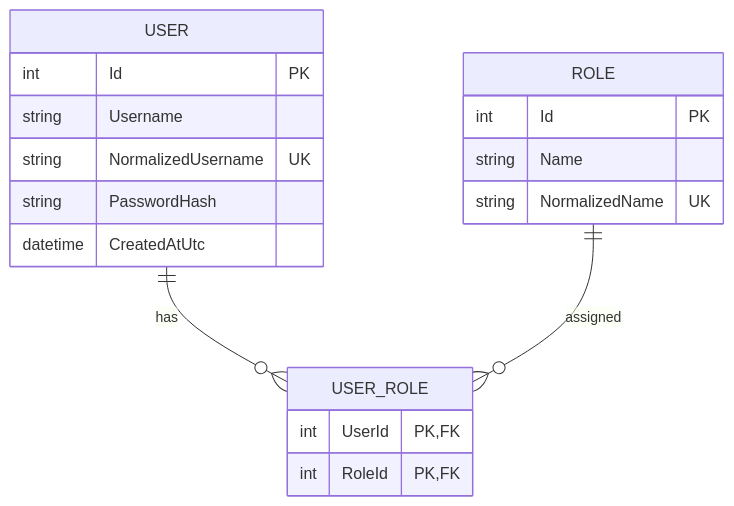
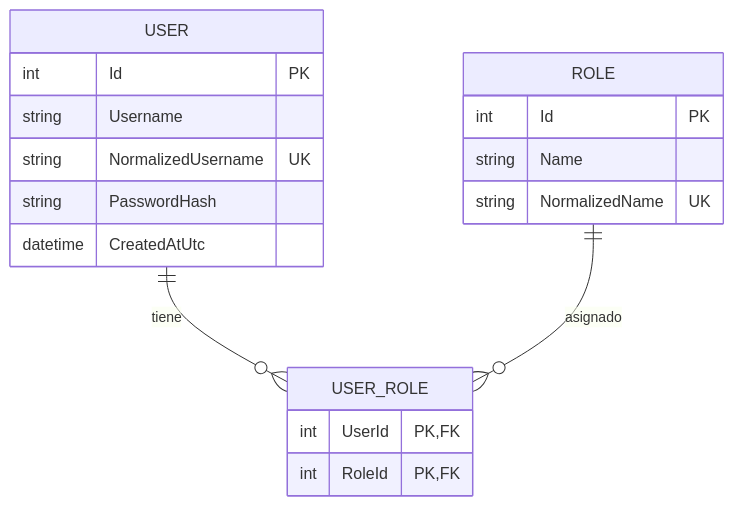
Before and after one commit to 92mosp/FYM: the second of 2 diagrams in docs/ARCHITECTURE.md, drawn with Mermaid. The commit also changed other lines of this file, not shown here.

First line of the commit message:
Translate architecture documentation to Spanish

````diff
--- a/docs/ARCHITECTURE.md
+++ b/docs/ARCHITECTURE.md
@@ -28,21 +28,21 @@
 ```mermaid
 erDiagram
-  USER ||--o{ USER_ROLE : has
-  ROLE ||--o{ USER_ROLE : assigned
+  USER ||--o{ USER_ROLE : tiene
+  ROLE ||--o{ USER_ROLE : asignado
   USER {
     int Id PK
     string Username
     string NormalizedUsername UK
     string PasswordHash
     datetime CreatedAtUtc
   }
   ROLE {
     int Id PK
     string Name
     string NormalizedName UK
   }
   USER_ROLE {
     int UserId PK,FK
     int RoleId PK,FK
   }
 ```
````
